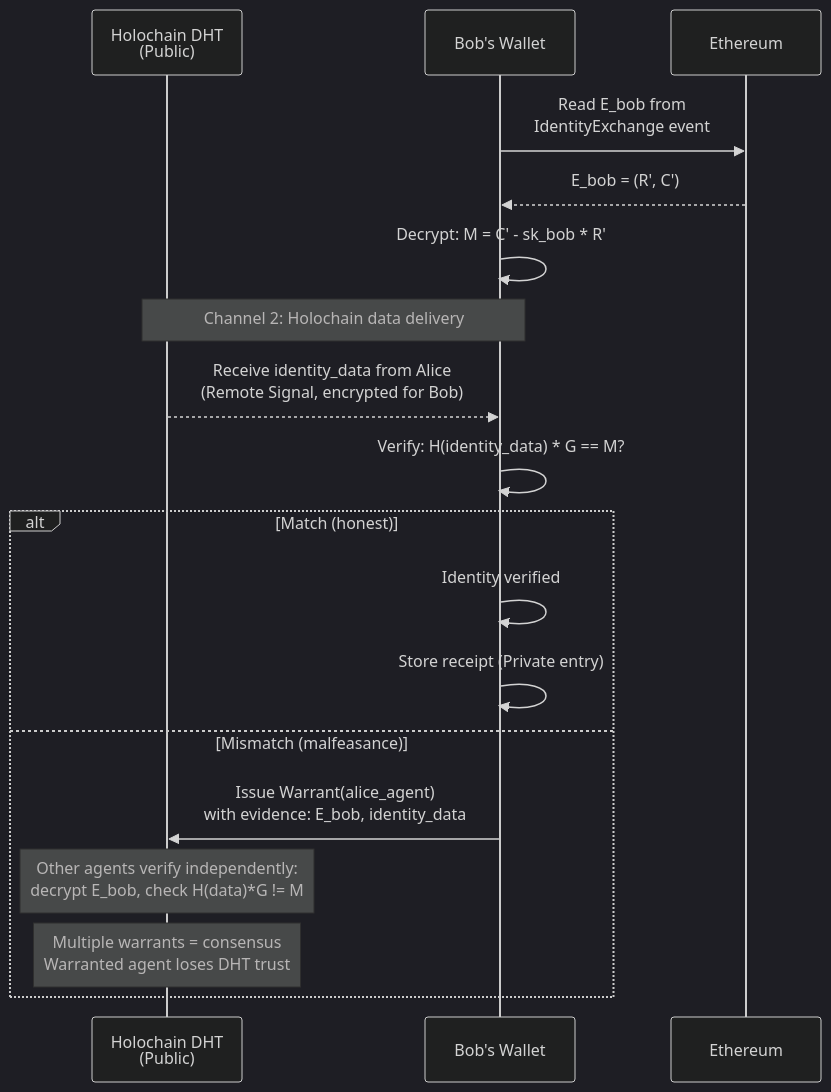
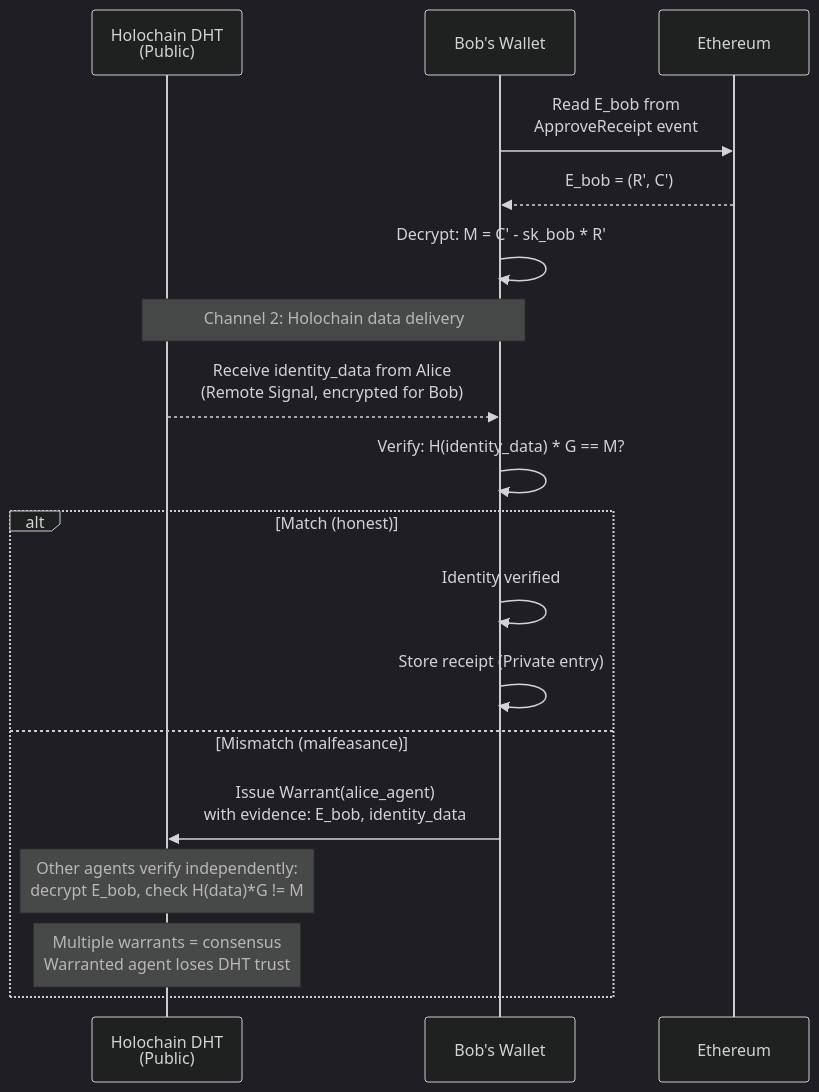
One commit to alberta-buck/alberta-buck changed the fourth of 5 diagrams in alberta-buck-identity-example.org. Above: the diagram before and after it, drawn with Mermaid (dark theme). The commit also changed other lines of this file and 6 other files, not shown here.

```diff
--- a/alberta-buck-identity-example.org
+++ b/alberta-buck-identity-example.org
@@ -250,24 +256,24 @@
    #+BEGIN_SRC mermaid :file ./images/verification-flow.png
    sequenceDiagram
        participant D as Holochain DHT<br/>(Public)
        participant BW as Bob's Wallet
        participant ETH as Ethereum
 
-       BW->>ETH: Read E_bob from<br/>IdentityExchange event
+       BW->>ETH: Read E_bob from<br/>ApproveReceipt event
        ETH-->>BW: E_bob = (R', C')
        BW->>BW: Decrypt: M = C' - sk_bob * R'
 
        Note over BW,D: Channel 2: Holochain data delivery
        D-->>BW: Receive identity_data from Alice<br/>(Remote Signal, encrypted for Bob)
 
        BW->>BW: Verify: H(identity_data) * G == M?
 
        alt Match (honest)
            BW->>BW: Identity verified
            BW->>BW: Store receipt (Private entry)
        else Mismatch (malfeasance)
            BW->>D: Issue Warrant(alice_agent)<br/>with evidence: E_bob, identity_data
            Note over D: Other agents verify independently:<br/>decrypt E_bob, check H(data)*G != M
            Note over D: Multiple warrants = consensus<br/>Warranted agent loses DHT trust
        end
    #+END_SRC
```
